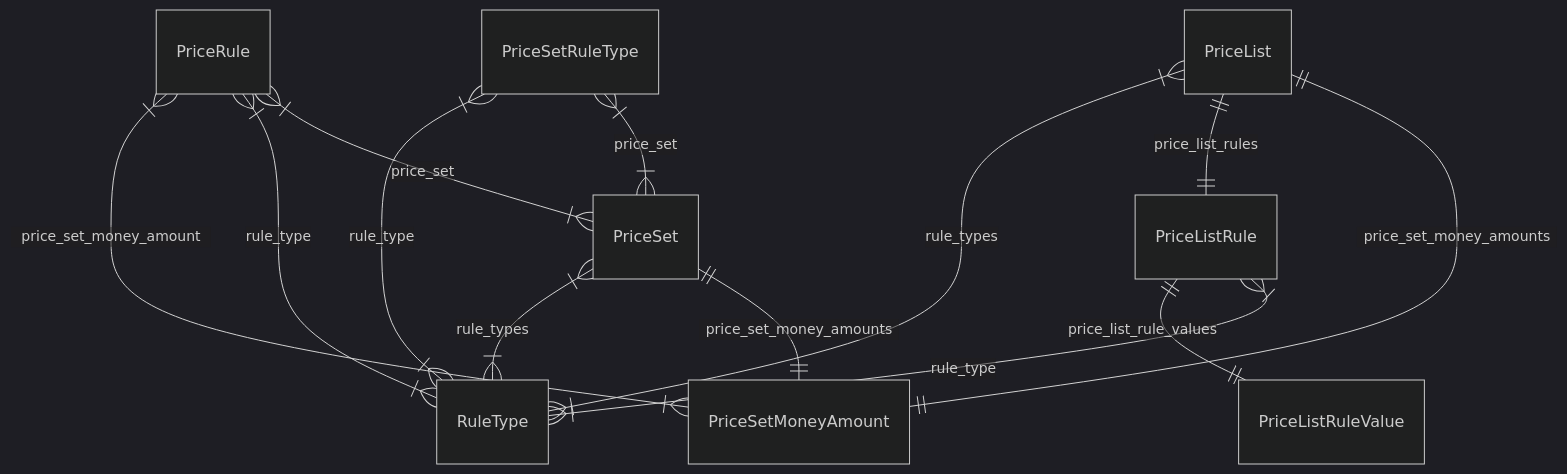
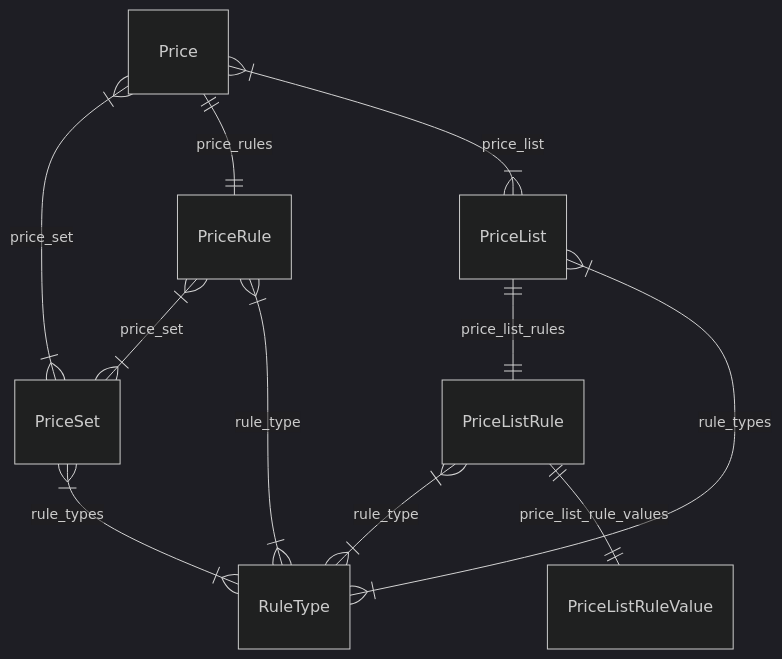
One commit to medusajs/medusa changed the diagram in www/apps/docs/content/references/modules/pricing_models.mdx. Above: the diagram before and after it, drawn with Mermaid (dark theme). The commit also changed other lines of this file and 234 other files, not shown here.

````diff
--- a/www/apps/docs/content/references/modules/pricing_models.mdx
+++ b/www/apps/docs/content/references/modules/pricing_models.mdx
@@ -14,16 +14,14 @@
 ```mermaid
 erDiagram
-	PriceList ||--|| PriceSetMoneyAmount : price_set_money_amounts
+	Price }|--|{ PriceSet : price_set
+	Price ||--|| PriceRule : price_rules
+	Price }|--|{ PriceList : price_list
 	PriceList ||--|| PriceListRule : price_list_rules
 	PriceList }|--|{ RuleType : rule_types
 	PriceListRule }|--|{ RuleType : rule_type
 	PriceListRule ||--|| PriceListRuleValue : price_list_rule_values
 	PriceRule }|--|{ PriceSet : price_set
 	PriceRule }|--|{ RuleType : rule_type
-	PriceRule }|--|{ PriceSetMoneyAmount : price_set_money_amount
-	PriceSet ||--|| PriceSetMoneyAmount : price_set_money_amounts
 	PriceSet }|--|{ RuleType : rule_types
-	PriceSetRuleType }|--|{ PriceSet : price_set
-	PriceSetRuleType }|--|{ RuleType : rule_type
 
 ```
````
